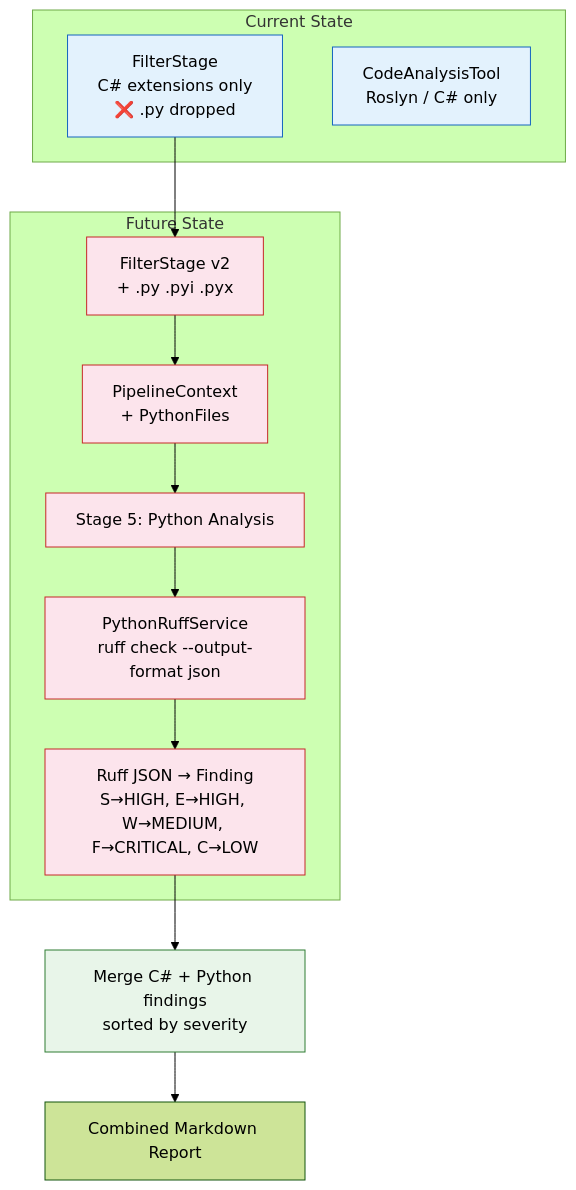
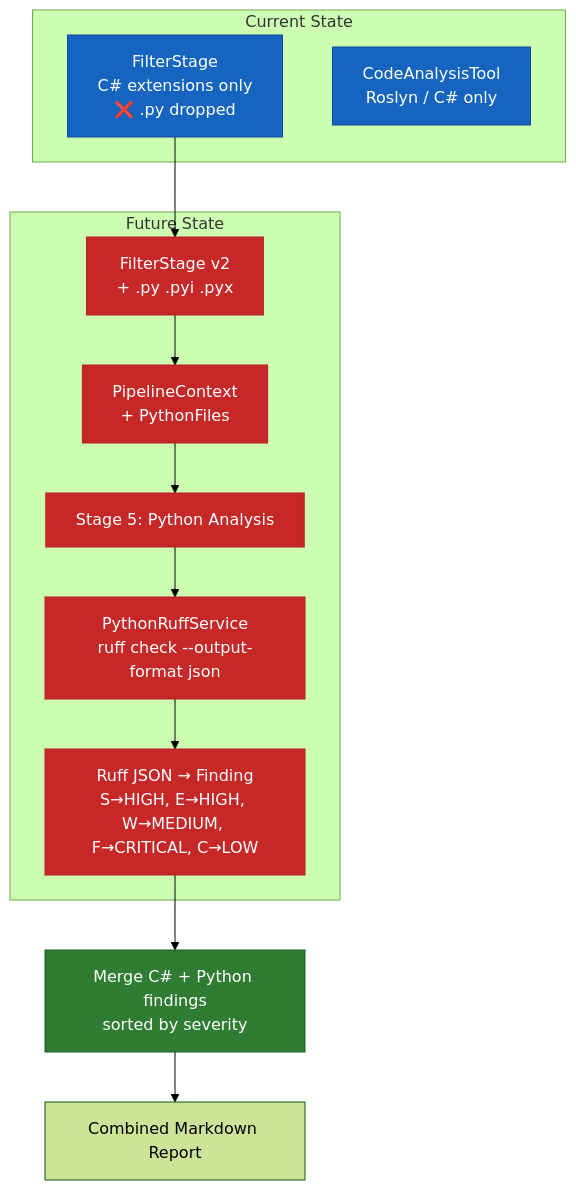
One commit to bhavyananda17/multi_agent_code_review_mcpserver changed the sixth of 6 diagrams in README.md. Above: the diagram before and after it, drawn with Mermaid (forest theme). The commit also changed other lines of this file, not shown here.

Commit message:
architecture design updated

````diff
--- a/README.md
+++ b/README.md
@@ -387,29 +387,29 @@
 ```mermaid
 graph TB
-    classDef current fill:#e3f2fd,stroke:#1565c0
-    classDef future fill:#fce4ec,stroke:#c62828
-    classDef merged fill:#e8f5e9,stroke:#2e7d32
+    classDef current fill:#1565c0,stroke:#0d47a1,color:#ffffff
+    classDef future fill:#c62828,stroke:#b71c1c,color:#ffffff
+    classDef merged fill:#2e7d32,stroke:#1b5e20,color:#ffffff
 
     subgraph "Current State"
         F1["FilterStage<br/>C# extensions only<br/>❌ .py dropped"]:::current
         CA["CodeAnalysisTool<br/>Roslyn / C# only"]:::current
     end
 
     subgraph "Future State"
         F2["FilterStage v2<br/>+ .py .pyi .pyx"]:::future
         PC["PipelineContext<br/>+ PythonFiles"]:::future
         S5["Stage 5: Python Analysis"]:::future
         RS["PythonRuffService<br/>ruff check --output-format json"]:::future
         CONV["Ruff JSON → Finding<br/>S→HIGH, E→HIGH, W→MEDIUM, F→CRITICAL, C→LOW"]:::future
     end
 
     MERGE["Merge C# + Python findings<br/>sorted by severity"]:::merged
 
     F1 --> F2
     F2 --> PC
     PC --> S5
     S5 --> RS
     RS --> CONV
     CONV --> MERGE
     MERGE --> Report["Combined Markdown Report"]
 ```
````
